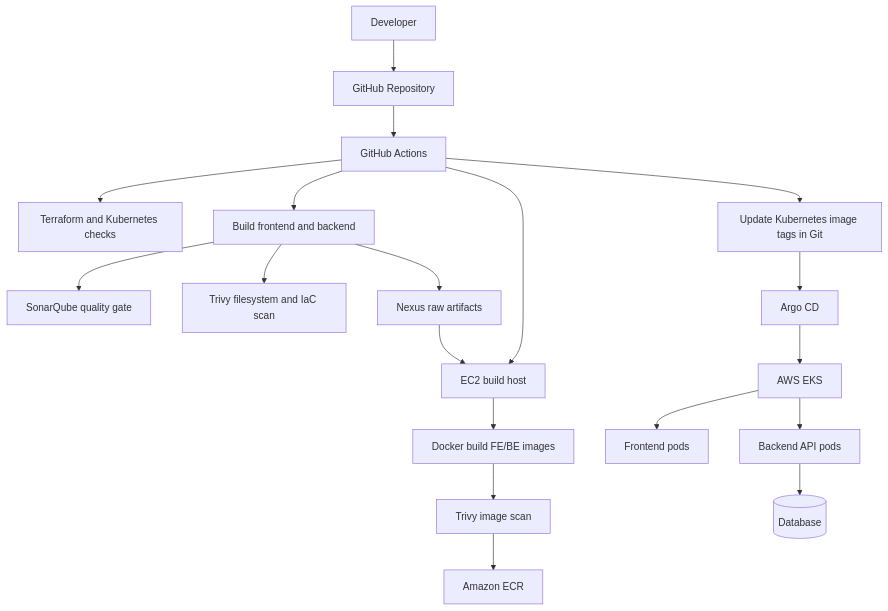
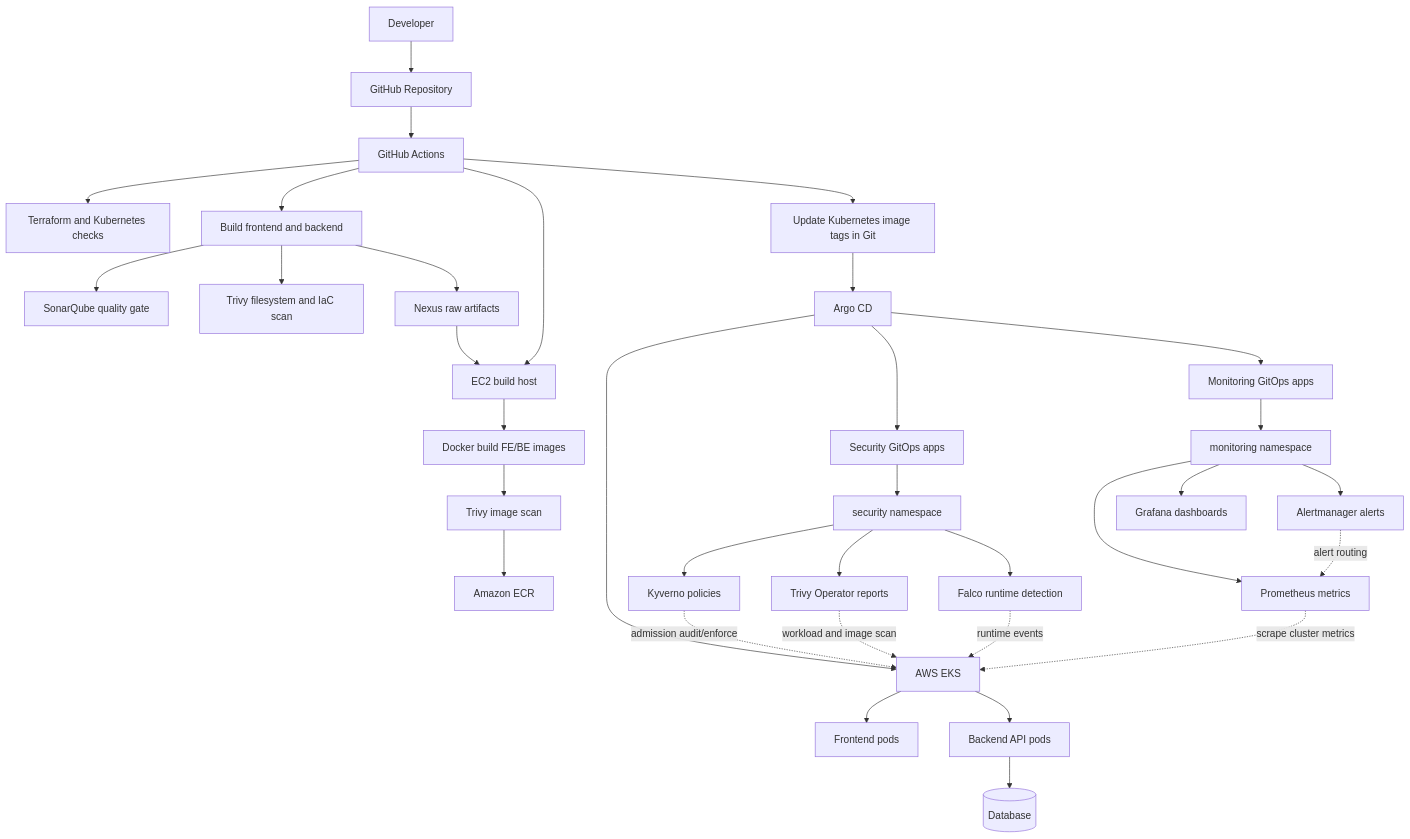
The first of 3 diagrams in README.md (Kien-devops/eks-cicd-argocd-sec-monitor), drawn with Mermaid before and after one commit. The commit also changed other lines of this file and 30 other files, not shown here.

````diff
--- a/README.md
+++ b/README.md
@@ -35,25 +58,44 @@
 ```mermaid
 flowchart TB
   dev[Developer] --> git[GitHub Repository]
   git --> gha[GitHub Actions]
 
   gha --> iac[Terraform and Kubernetes checks]
   gha --> build[Build frontend and backend]
   build --> sonar[SonarQube quality gate]
   build --> trivyfs[Trivy filesystem and IaC scan]
   build --> nexus[Nexus raw artifacts]
 
   nexus --> ec2[EC2 build host]
   gha --> ec2
   ec2 --> docker[Docker build FE/BE images]
   docker --> trivyimg[Trivy image scan]
   trivyimg --> ecr[Amazon ECR]
 
   gha --> manifest[Update Kubernetes image tags in Git]
   manifest --> argocd[Argo CD]
   argocd --> eks[AWS EKS]
 
   eks --> fe[Frontend pods]
   eks --> be[Backend API pods]
   be --> db[(Database)]
+
+  argocd --> secapps[Security GitOps apps]
+  secapps --> secns[security namespace]
+  secns --> kyverno[Kyverno policies]
+  secns --> trivyop[Trivy Operator reports]
+  secns --> falco[Falco runtime detection]
+
+  kyverno -. admission audit/enforce .-> eks
+  trivyop -. workload and image scan .-> eks
+  falco -. runtime events .-> eks
+
+  argocd --> monapps[Monitoring GitOps apps]
+  monapps --> monns[monitoring namespace]
+  monns --> prometheus[Prometheus metrics]
+  monns --> grafana[Grafana dashboards]
+  monns --> alertmanager[Alertmanager alerts]
+
+  prometheus -. scrape cluster metrics .-> eks
+  alertmanager -. alert routing .-> prometheus
 ```
````
